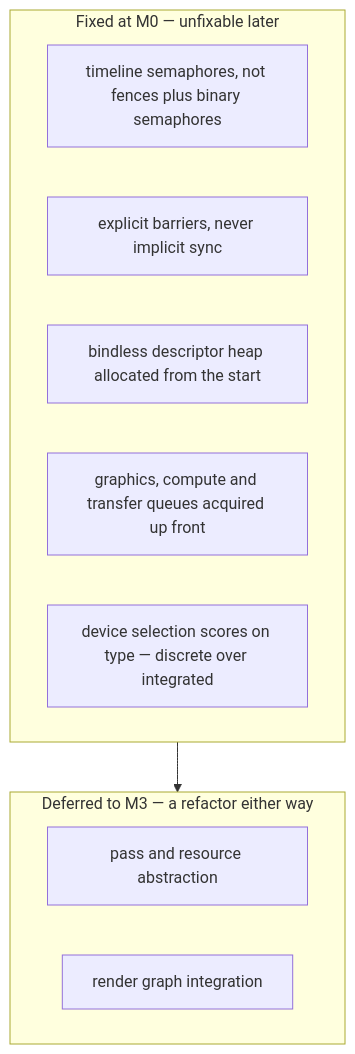
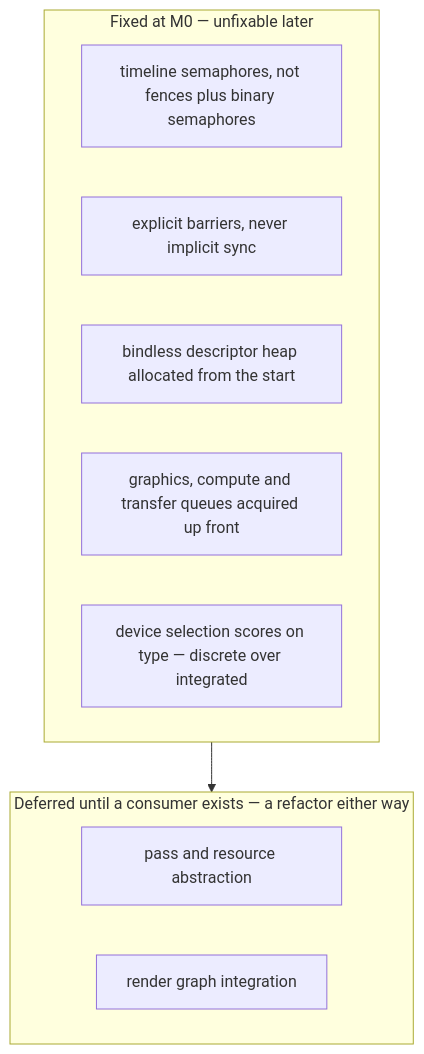
Before and after one commit to adamloec/slop: the second of 3 diagrams in docs/slop-rhi/README.md, drawn with Mermaid. The commit also changed other lines of this file and 3 other files, not shown here.

````diff
--- a/docs/slop-rhi/README.md
+++ b/docs/slop-rhi/README.md
@@ -117,17 +123,17 @@
 ```mermaid
 flowchart TD
     subgraph fixed ["Fixed at M0 — unfixable later"]
         ts["timeline semaphores, not fences plus binary semaphores"]
         bar["explicit barriers, never implicit sync"]
         bind["bindless descriptor heap allocated from the start"]
         queues["graphics, compute and transfer queues acquired up front"]
         dev["device selection scores on type — discrete over integrated"]
     end
 
-    subgraph later ["Deferred to M3 — a refactor either way"]
+    subgraph later ["Deferred until a consumer exists — a refactor either way"]
         api["pass and resource abstraction"]
         rg["render graph integration"]
     end
 
     fixed --> later
 ```
````
